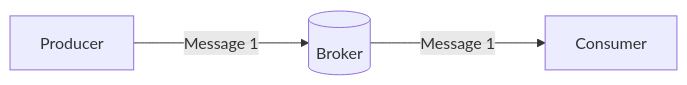
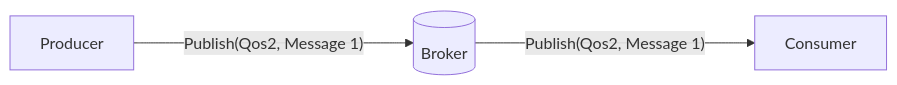
The diagram in pages/docs/concepts/protocol.md (asyncapi/website), drawn with Mermaid before and after one commit. The commit also changed other lines of this file, not shown here.

Commit message:
diagram update

````diff
--- a/pages/docs/concepts/protocol.md
+++ b/pages/docs/concepts/protocol.md
@@ -19,5 +19,5 @@
 ```mermaid
 flowchart LR
-    a[Producer]-- Message 1 --->c[(Broker)]
-    c-- Message 1 ---> b[Consumer]
+    a[Producer]-- "Publish(Qos2, Message 1)" --->c[(Broker)]
+    c-- "Publish(Qos2, Message 1)" ---> b[Consumer]
 ```
````
